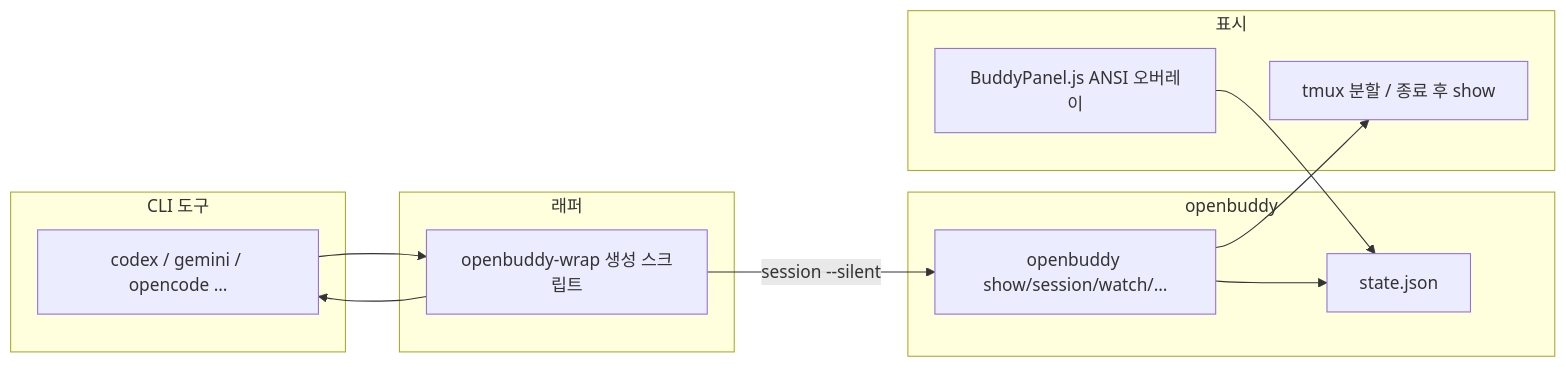
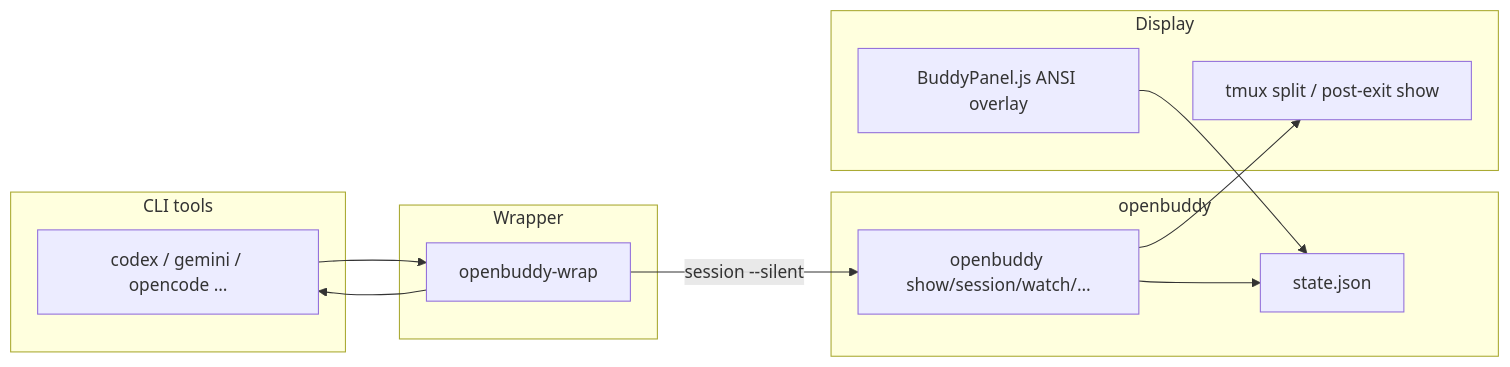
The diagram in README.md (sioaeko/openbuddy), drawn with Mermaid before and after one commit. The commit also changed other lines of this file and 1 other file, not shown here.

````diff
--- a/README.md
+++ b/README.md
@@ -44,23 +44,23 @@
 ```mermaid
 flowchart LR
-  subgraph tools [CLI 도구]
+  subgraph tools [CLI tools]
     C[codex / gemini / opencode …]
   end
-  subgraph wrap [래퍼]
-    W[openbuddy-wrap 생성 스크립트]
+  subgraph wrap [Wrapper]
+    W[openbuddy-wrap]
   end
   subgraph core [openbuddy]
     S[state.json]
     OB[openbuddy show/session/watch/…]
   end
-  subgraph ui [표시]
-    T[tmux 분할 / 종료 후 show]
-    G[BuddyPanel.js ANSI 오버레이]
+  subgraph ui [Display]
+    T[tmux split / post-exit show]
+    G[BuddyPanel.js ANSI overlay]
   end
   C --> W
   W -->|session --silent| OB
   W --> C
   OB --> S
   OB --> T
   G --> S
 ```
````
